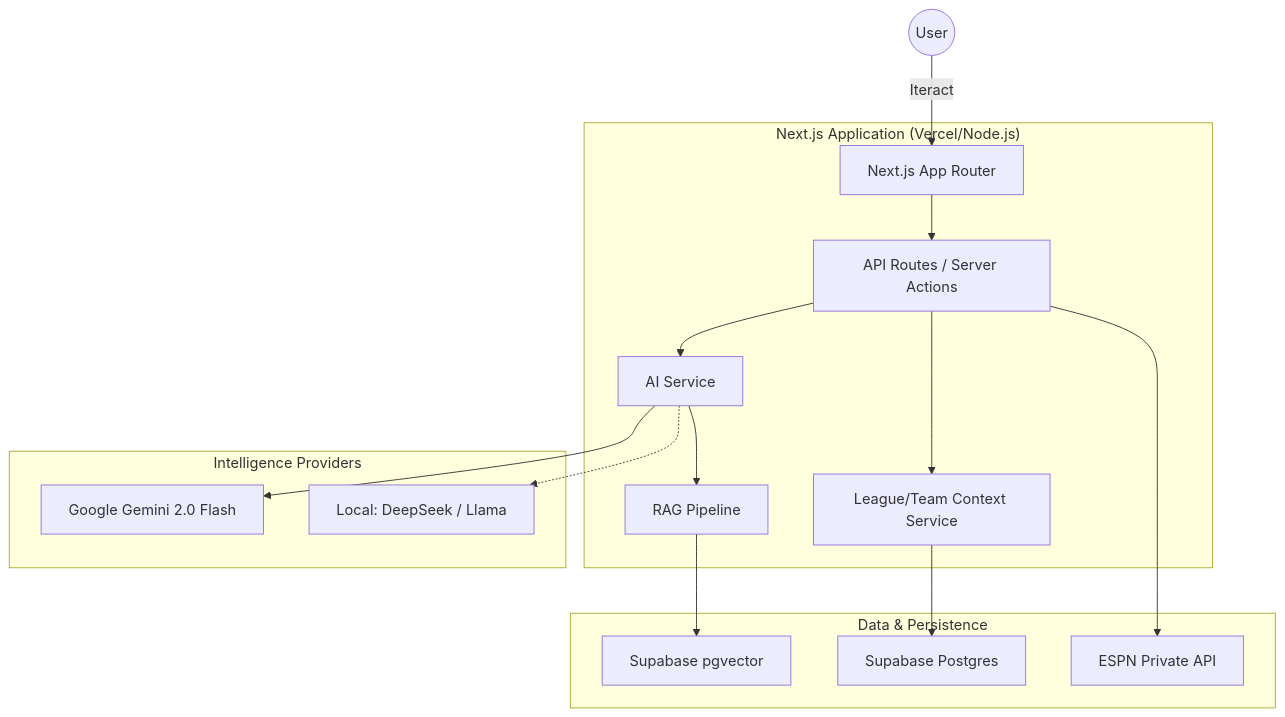
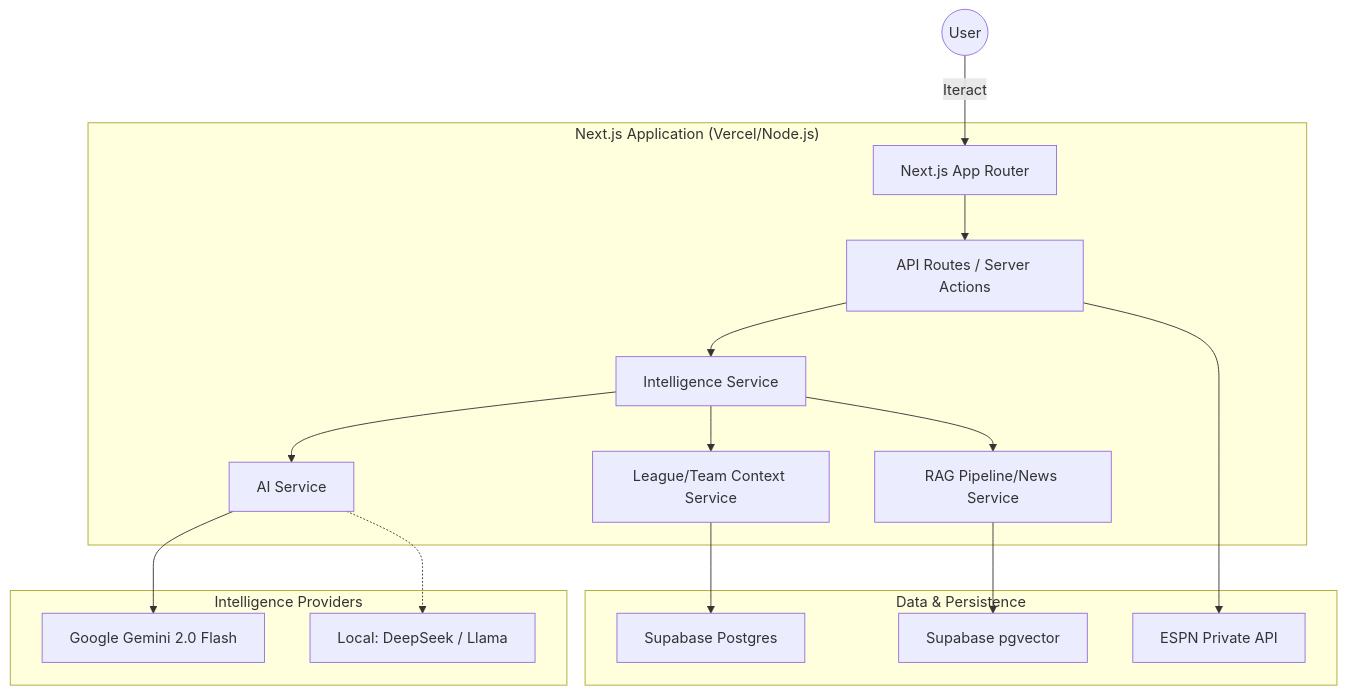
The diagram in docs/technical/Architecture.md (bpolitiadis/fanvise), drawn with Mermaid before and after one commit. The commit also changed 3 other files, not shown here.

````diff
--- a/docs/technical/Architecture.md
+++ b/docs/technical/Architecture.md
@@ -9,22 +9,23 @@
 ```mermaid
 graph TD
     User((User)) -->|Iteract| WebUI[Next.js App Router]
     
     subgraph "Next.js Application (Vercel/Node.js)"
         WebUI --> API[API Routes / Server Actions]
-        API --> Orchestrator[AI Service]
-        API --> LeagueSvc[League/Team Context Service]
-        Orchestrator --> RAG[RAG Pipeline]
+        API --> IntelligenceSvc[Intelligence Service]
+        IntelligenceSvc --> Orchestrator[AI Service]
+        IntelligenceSvc --> LeagueSvc[League/Team Context Service]
+        IntelligenceSvc --> RAG[RAG Pipeline/News Service]
     end
     
     subgraph "Intelligence Providers"
         Orchestrator --> Gemini[Google Gemini 2.0 Flash]
         Orchestrator -.-> Ollama[Local: DeepSeek / Llama]
     end
     
     subgraph "Data & Persistence"
         RAG --> SupabaseVector[Supabase pgvector]
         LeagueSvc --> SupabaseDB[Supabase Postgres]
         API --> ESPN[ESPN Private API]
     end
 ```
````
